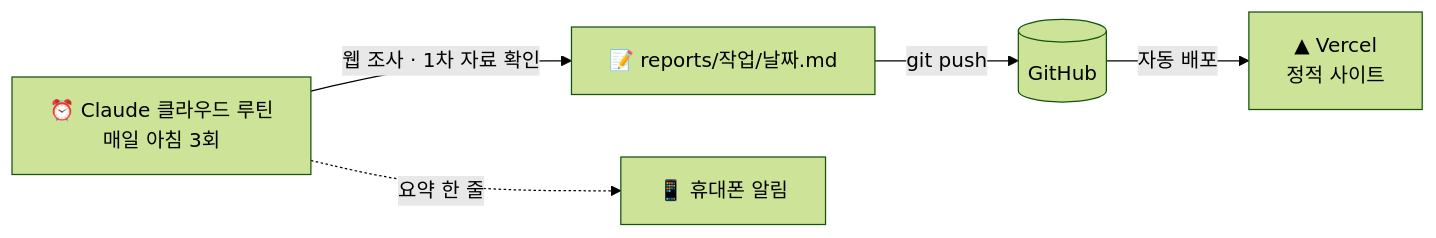
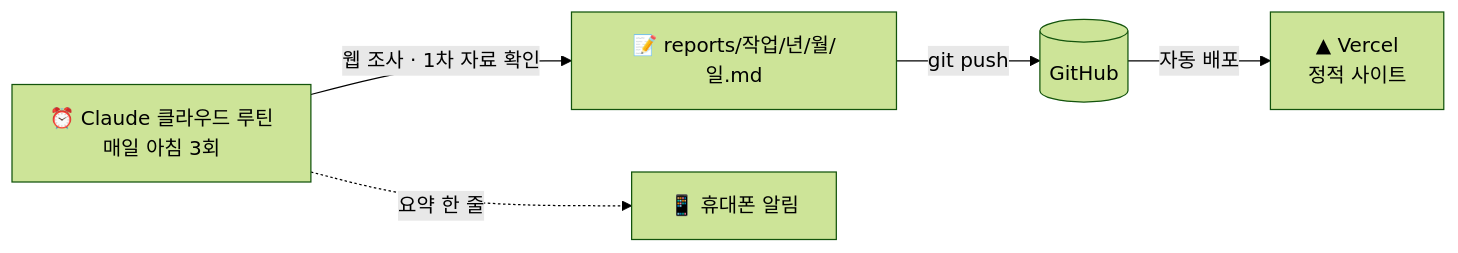
Before and after one commit to iu7726/daily-report: the diagram in README.md, drawn with Mermaid (forest theme). The commit also changed other lines of this file and 13 other files, not shown here.

````diff
--- a/README.md
+++ b/README.md
@@ -34,7 +34,7 @@
 ```mermaid
 flowchart LR
-    R["⏰ Claude 클라우드 루틴<br/>매일 아침 3회"] -->|웹 조사 · 1차 자료 확인| M["📝 reports/작업/날짜.md"]
+    R["⏰ Claude 클라우드 루틴<br/>매일 아침 3회"] -->|웹 조사 · 1차 자료 확인| M["📝 reports/작업/년/월/일.md"]
     M -->|git push| G[("GitHub")]
     G -->|자동 배포| V["▲ Vercel<br/>정적 사이트"]
     R -.->|요약 한 줄| P["📱 휴대폰 알림"]
 ```
````
